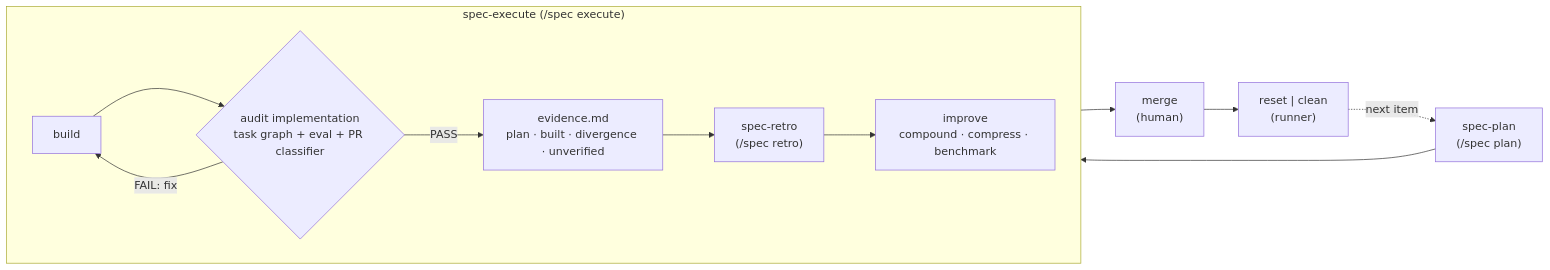
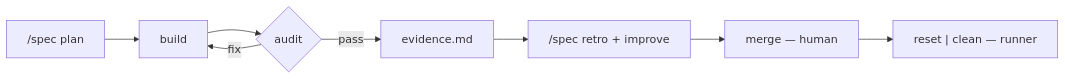
One commit to mifunedev/openharness changed the diagram in AGENTS.md. Above: the diagram before and after it, drawn with Mermaid. The commit also changed other lines of this file and 1 other file, not shown here.

Commit message:
task: revise agent guidance from audit

````diff
--- a/AGENTS.md
+++ b/AGENTS.md
@@ -207,15 +171,10 @@
 ```mermaid
 flowchart LR
-    PLAN["spec-plan<br/>(/spec plan)"] --> BUILD["build"]
-    subgraph EXEC["spec-execute (/spec execute)"]
-        direction LR
-        BUILD --> AUDIT{"audit implementation<br/>task graph + eval + PR classifier"}
-        AUDIT -->|FAIL: fix| BUILD
-        AUDIT -->|PASS| EVID["evidence.md<br/>plan · built · divergence · unverified"]
-        EVID --> SRETRO["spec-retro<br/>(/spec retro)"]
-        SRETRO --> IMPROVE["improve<br/>compound · compress · benchmark"]
-    end
-    IMPROVE --> MERGE["merge<br/>(human)"]
-    MERGE --> RESET["reset | clean<br/>(runner)"]
-    RESET -.->|next item| PLAN
+    PLAN["/spec plan"] --> BUILD["build"]
+    BUILD --> AUDIT{"audit"}
+    AUDIT -->|fix| BUILD
+    AUDIT -->|pass| EVID["evidence.md"]
+    EVID --> RETRO["/spec retro + improve"]
+    RETRO --> MERGE["merge — human"]
+    MERGE --> RESET["reset | clean — runner"]
 ```
````
